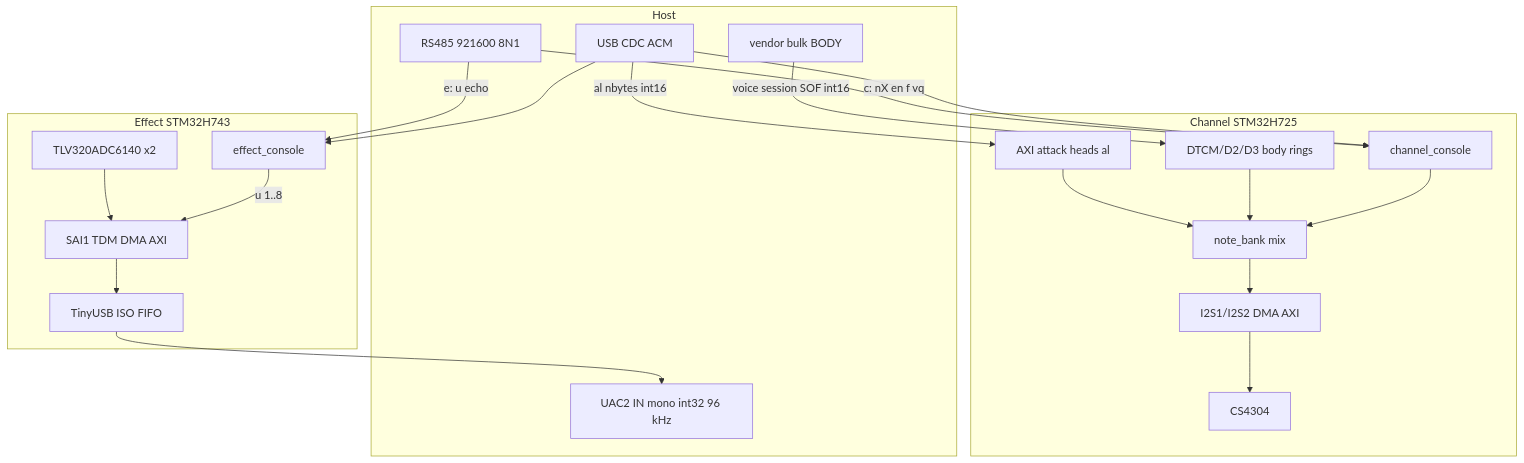
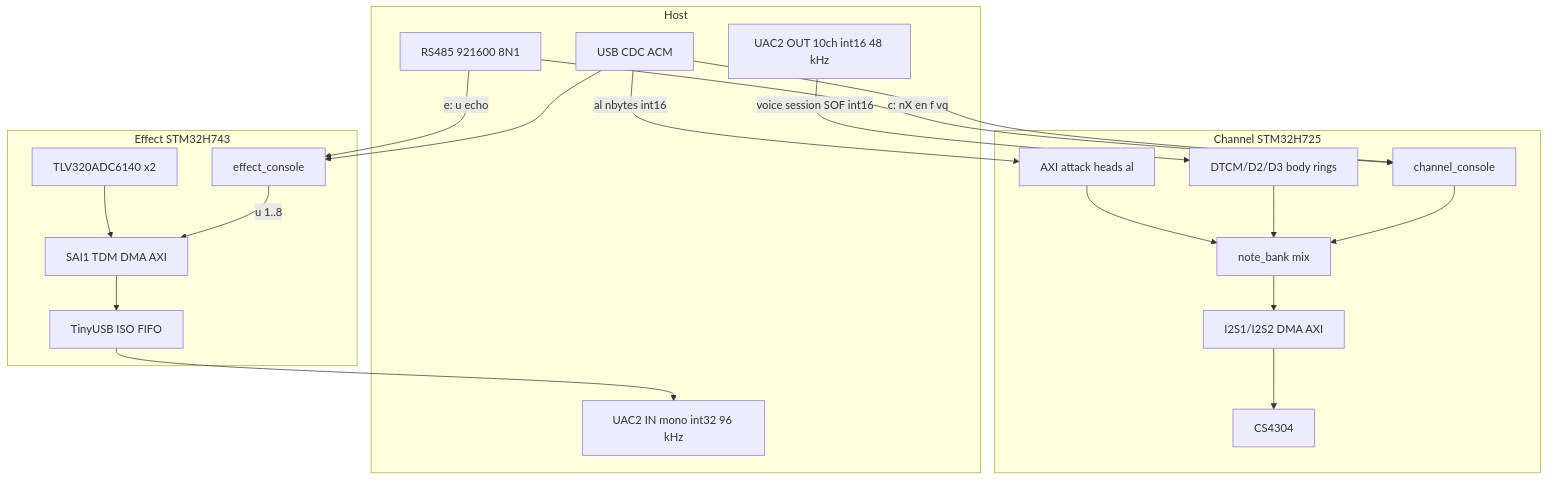
One commit to narendrabhatt-freshwater/firmware changed the first of 5 diagrams in channel_card/docs/diagrams/card_data_flow.md. Above: the diagram before and after it, drawn with Mermaid. The commit also changed other lines of this file and 44 other files, not shown here.

````diff
--- a/channel_card/docs/diagrams/card_data_flow.md
+++ b/channel_card/docs/diagrams/card_data_flow.md
@@ -19,38 +19,38 @@
 ```mermaid
 flowchart TB
   subgraph host [Host]
     RS485[RS485 921600 8N1]
     CDC[USB CDC ACM]
-    BodyOut[vendor bulk BODY]
+    BodyOut[UAC2 OUT 10ch int16 48 kHz]
     UacIn[UAC2 IN mono int32 96 kHz]
   end
 
   subgraph ch [Channel STM32H725]
     ChCon[channel_console]
     ChAtk[AXI attack heads al]
     ChRing[DTCM/D2/D3 body rings]
     ChMix[note_bank mix]
     ChI2S[I2S1/I2S2 DMA AXI]
     ChDac[CS4304]
   end
 
   subgraph fx [Effect STM32H743]
     FxCon[effect_console]
     FxSai[SAI1 TDM DMA AXI]
     FxAdc[TLV320ADC6140 x2]
     FxFifo[TinyUSB ISO FIFO]
   end
 
   RS485 -->|"c: nX en f vq"| ChCon
   RS485 -->|"e: u echo"| FxCon
   CDC -->|"al nbytes int16"| ChAtk
   CDC --> ChCon
   CDC --> FxCon
   BodyOut -->|"voice session SOF int16"| ChRing
   ChAtk --> ChMix
   ChRing --> ChMix
   ChCon --> ChMix
   ChMix --> ChI2S --> ChDac
   FxAdc --> FxSai --> FxFifo --> UacIn
   FxCon -->|"u 1..8"| FxSai
 ```
````
